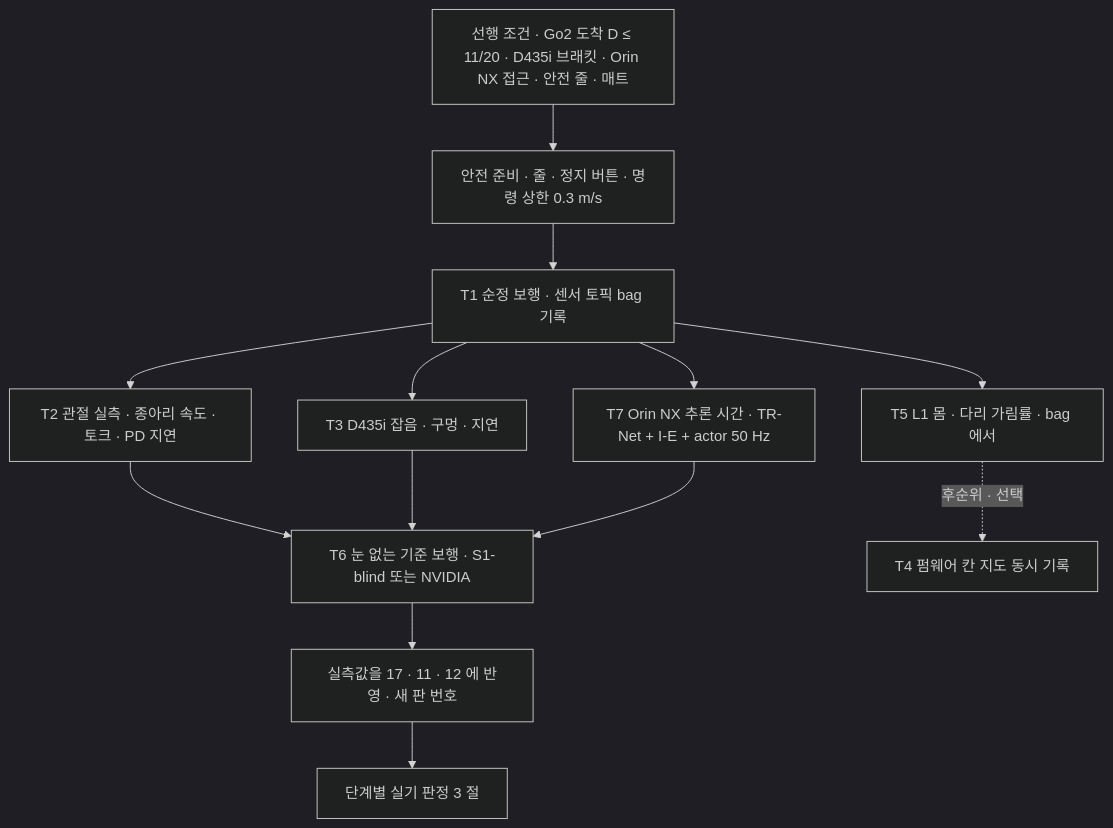
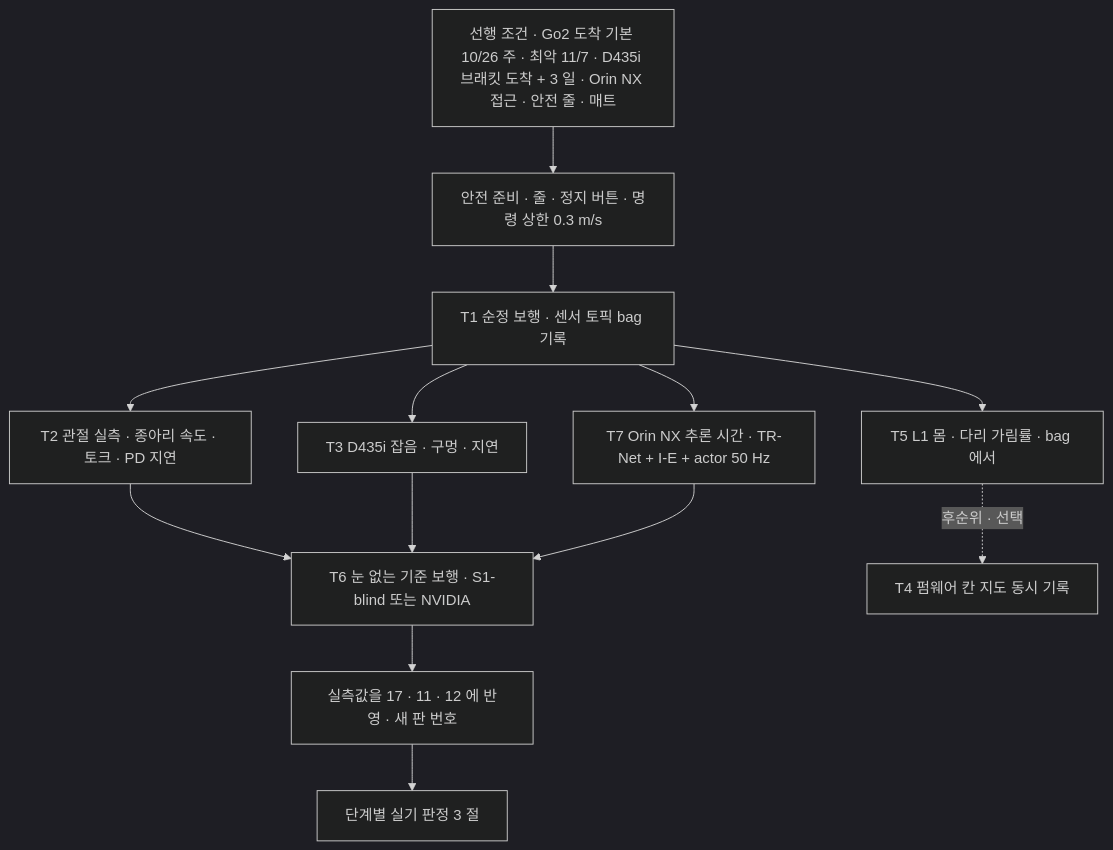
Before and after one commit to foothold-project/foothold-lab: the diagram in inbox/jay/20261019-design/42-REAL-ROBOT.md, drawn with Mermaid (dark theme). The commit also changed other lines of this file and 23 other files, not shown here.

````diff
--- a/inbox/jay/20261019-design/42-REAL-ROBOT.md
+++ b/inbox/jay/20261019-design/42-REAL-ROBOT.md
@@ -15,15 +15,15 @@
 ```mermaid
 flowchart TB
-  P[선행 조건 · Go2 도착 D ≤ 11/20 · D435i 브래킷 · Orin NX 접근 · 안전 줄 · 매트] --> A[안전 준비 · 줄 · 정지 버튼 · 명령 상한 0.3 m/s]
+  P[선행 조건 · Go2 도착 기본 10/26 주 · 최악 11/7 · D435i 브래킷 도착 + 3 일 · Orin NX 접근 · 안전 줄 · 매트] --> A[안전 준비 · 줄 · 정지 버튼 · 명령 상한 0.3 m/s]
   A --> B[T1 순정 보행 · 센서 토픽 bag 기록]
   B --> C[T2 관절 실측 · 종아리 속도 · 토크 · PD 지연]
   B --> D[T3 D435i 잡음 · 구멍 · 지연]
   B --> E[T5 L1 몸 · 다리 가림률 · bag 에서]
   B --> T7[T7 Orin NX 추론 시간 · TR-Net + I-E + actor 50 Hz]
   C --> G[T6 눈 없는 기준 보행 · S1-blind 또는 NVIDIA]
   D --> G
   T7 --> G
   G --> H[실측값을 17 · 11 · 12 에 반영 · 새 판 번호]
   H --> S[단계별 실기 판정 3 절]
   E -.후순위 · 선택.-> T4[T4 펌웨어 칸 지도 동시 기록]
 ```
````
